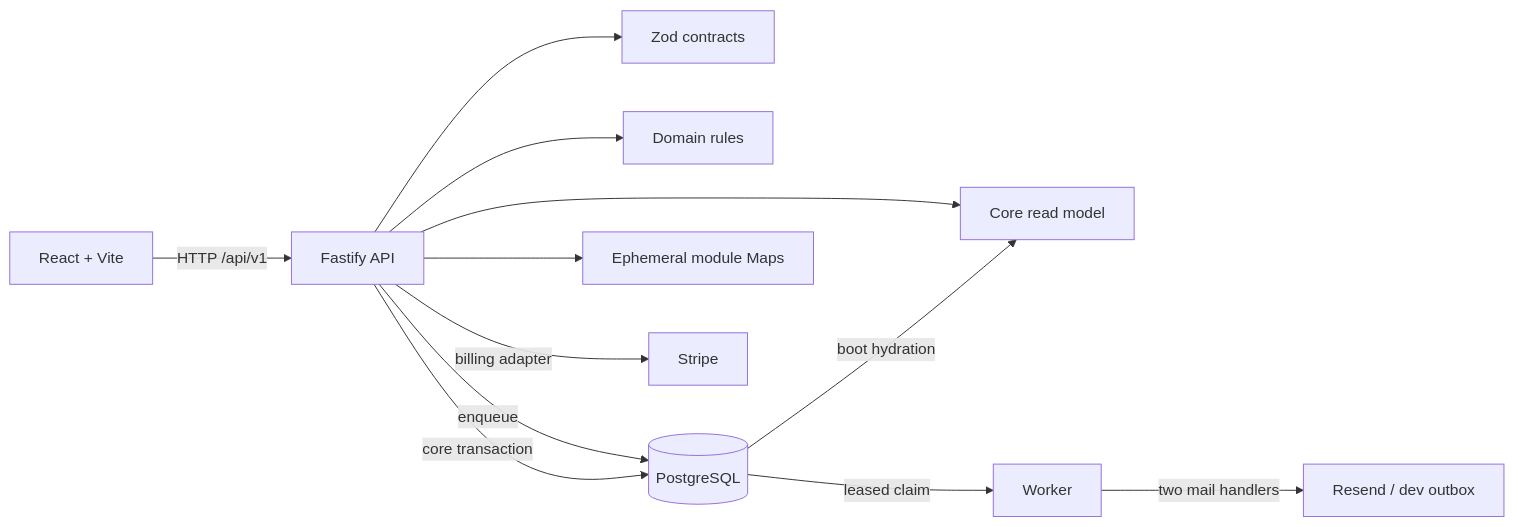
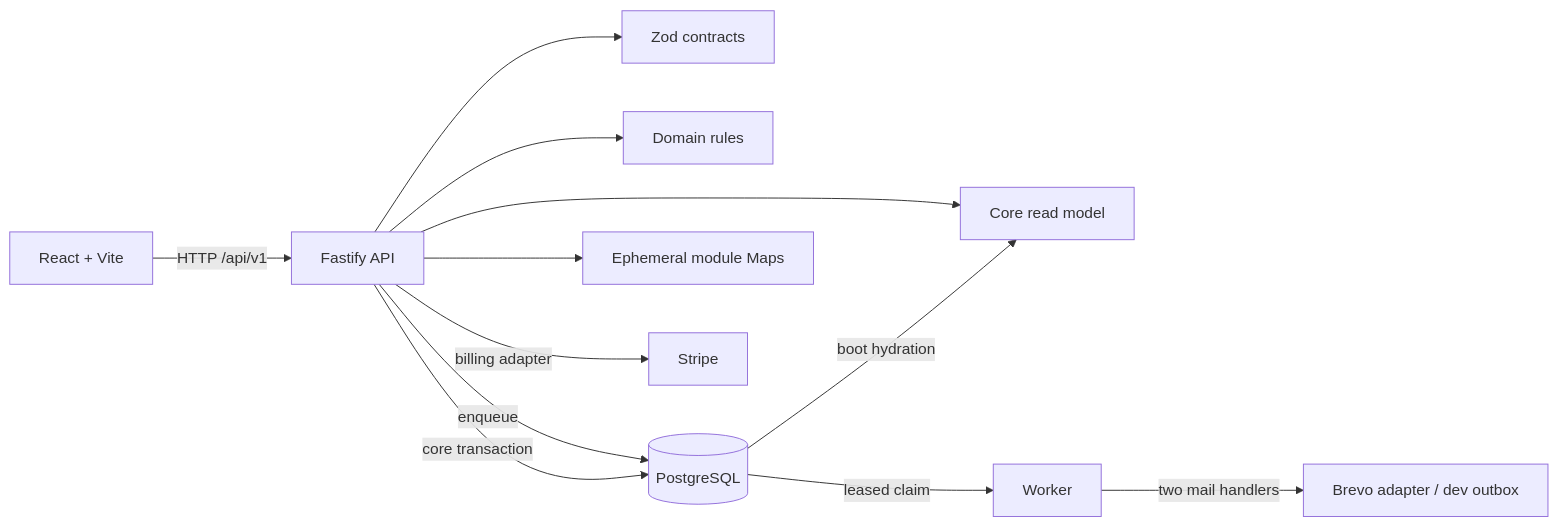
Before and after one commit to yhsomani/talentsphere-complete: the diagram in ARCHITECTURE.md, drawn with Mermaid. The commit also changed other lines of this file and 19 other files, not shown here.

First line of the commit message:
feat(email): provider-independent email service with Brevo adapter; remove Resend

````diff
--- a/ARCHITECTURE.md
+++ b/ARCHITECTURE.md
@@ -25,14 +25,14 @@
 ```mermaid
 flowchart LR
     Web[React + Vite] -->|HTTP /api/v1| API[Fastify API]
     API --> Contracts[Zod contracts]
     API --> Domain[Domain rules]
     API -->|core transaction| PG[(PostgreSQL)]
     PG -->|boot hydration| Maps[Core read model]
     API --> Maps
     API --> Preview[Ephemeral module Maps]
     API -->|billing adapter| Stripe[Stripe]
     API -->|enqueue| PG
     PG -->|leased claim| Worker[Worker]
-    Worker -->|two mail handlers| Resend[Resend / dev outbox]
+    Worker -->|two mail handlers| Brevo[Brevo adapter / dev outbox]
 ```
````
